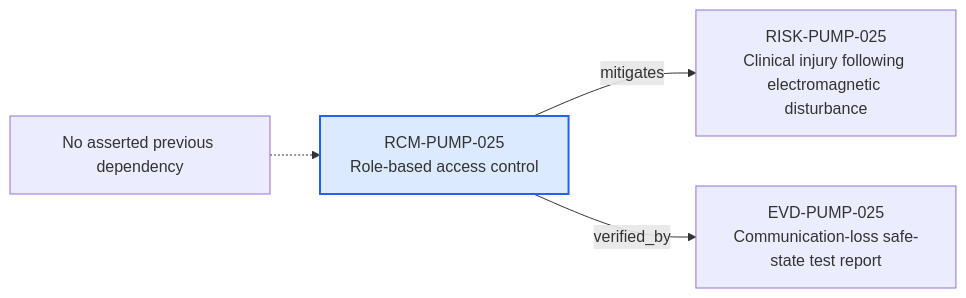
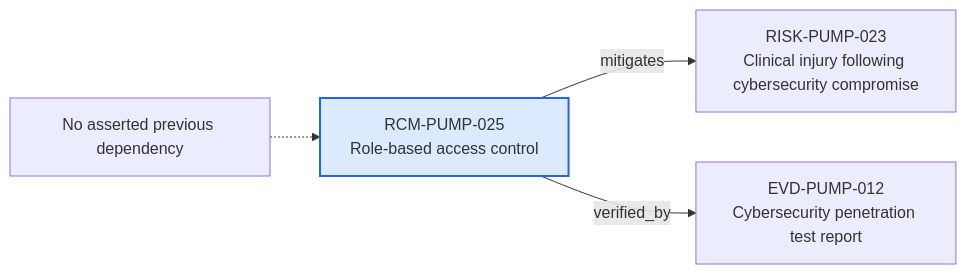
One commit to mvattulainen/mdrontology changed the diagram in content/06-Infpump FlowGuard ontology notes/risk-control-measure/RCM-PUMP-025-role-based-access-control.md. Above: the diagram before and after it, drawn with Mermaid. The commit also changed other lines of this file and 321 other files, not shown here.

Commit message:
Implement Mermaid ontology audit findings

````diff
--- a/content/06-Infpump FlowGuard ontology notes/risk-control-measure/RCM-PUMP-025-role-based-access-control.md
+++ b/content/06-Infpump FlowGuard ontology notes/risk-control-measure/RCM-PUMP-025-role-based-access-control.md
@@ -75,12 +77,12 @@
 ```mermaid
 flowchart LR
   CURRENT["RCM-PUMP-025<br/>Role-based access control"]
   PREV_NONE["No asserted previous dependency"]
   PREV_NONE -.-> CURRENT
-  NEXT0["RISK-PUMP-025<br/>Clinical injury following electromagnetic disturbance"]
+  NEXT0["RISK-PUMP-023<br/>Clinical injury following cybersecurity compromise"]
   CURRENT -->|"mitigates"| NEXT0
-  NEXT1["EVD-PUMP-025<br/>Communication-loss safe-state test report"]
+  NEXT1["EVD-PUMP-012<br/>Cybersecurity penetration test report"]
   CURRENT -->|"verified_by"| NEXT1
   classDef current fill:#dbeafe,stroke:#2563eb,stroke-width:2px
   class CURRENT current
 ```
````
